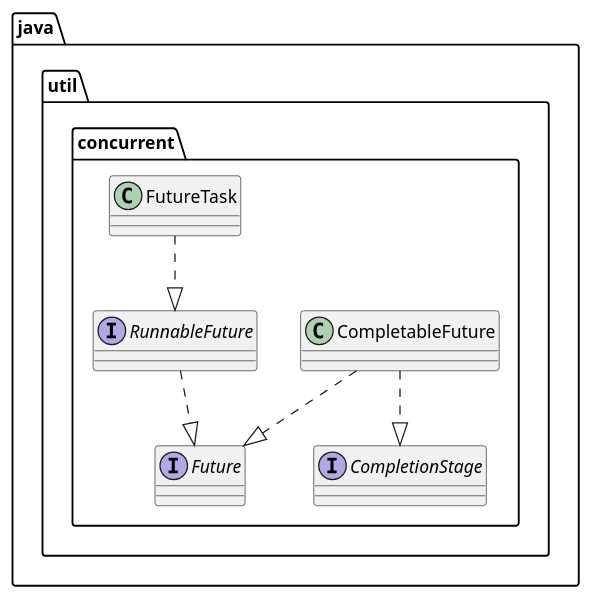
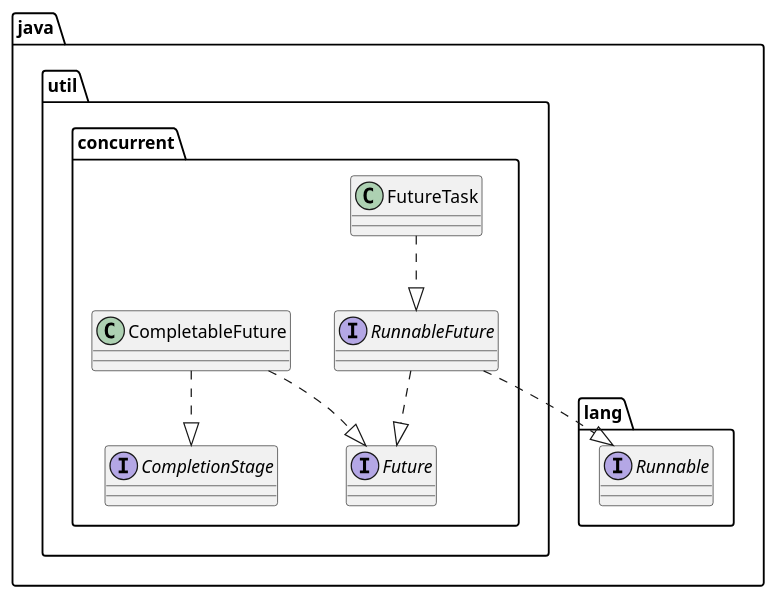
Before and after one commit to ti-cortex-m4/demo-java-completablefuture: the diagram in _to_delete/chart1.puml, drawn with PlantUML.

```diff
--- a/_to_delete/chart1.puml
+++ b/_to_delete/chart1.puml
@@ -1,23 +1,27 @@
 @startuml
 
 class java.util.concurrent.CompletableFuture {
 }
 
 interface java.util.concurrent.CompletionStage {
 }
 
 interface java.util.concurrent.Future {
 }
 
 class java.util.concurrent.FutureTask {
 }
 
 interface java.util.concurrent.RunnableFuture {
 }
 
+interface java.lang.Runnable {
+}
+
 java.util.concurrent.CompletableFuture ..|>  java.util.concurrent.CompletionStage
 java.util.concurrent.CompletableFuture ..|>  java.util.concurrent.Future
 java.util.concurrent.FutureTask ..|>  java.util.concurrent.RunnableFuture
 java.util.concurrent.RunnableFuture ..|>  java.util.concurrent.Future
+java.util.concurrent.RunnableFuture ..|>  java.lang.Runnable
 
 @enduml
```
